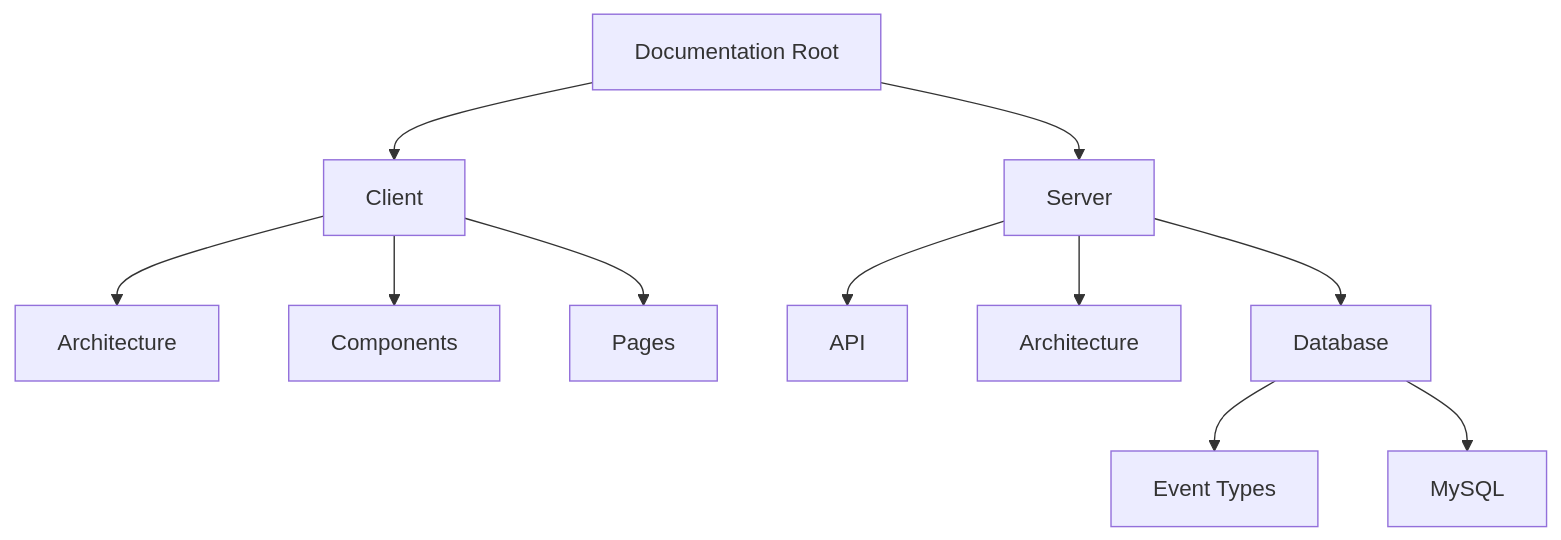
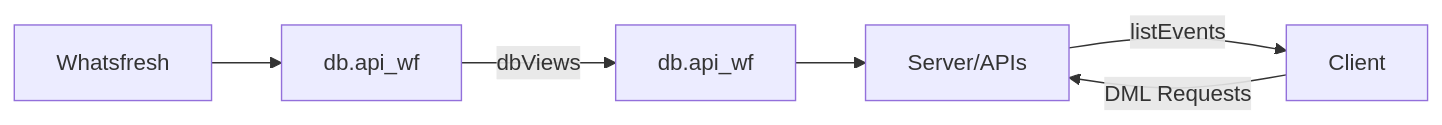
One commit to pchambless/whatsfresh-docs changed the diagram in README.md. Above: the diagram before and after it, drawn with Mermaid. The commit also changed other lines of this file, not shown here.

Commit message:
Updated ReadMe with some text at top.

````diff
--- a/README.md
+++ b/README.md
@@ -4,13 +21,8 @@
 ```mermaid
-graph TD
-    A[Documentation Root] --> B[Client]
-    A --> C[Server]
-    B --> D[Architecture]
-    B --> E[Components]
-    B --> F[Pages]
-    C --> G[API]
-    C --> H[Architecture]
-    C --> I[Database]
-    I --> J[Event Types]
-    I --> K[MySQL]
+graph LR
+    A[Whatsfresh] --> DB[db.whatsfresh]
+    DB[db.api_wf] --> |dbViews|DBV[db.api_wf]
+    DBV --> C[Server/APIs]
+    C --> |listEvents|B[Client] 
+    B --> |DML Requests|C
 ```
````
